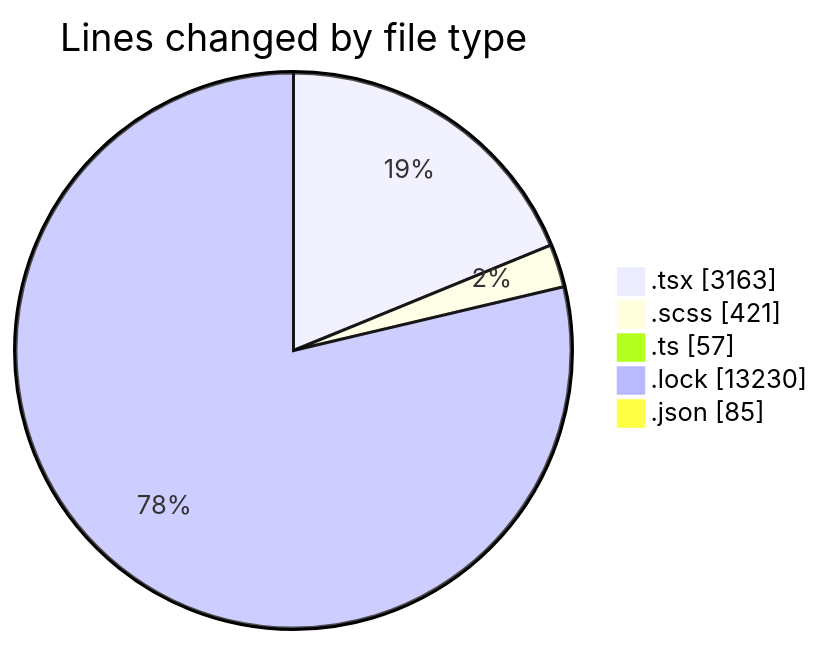
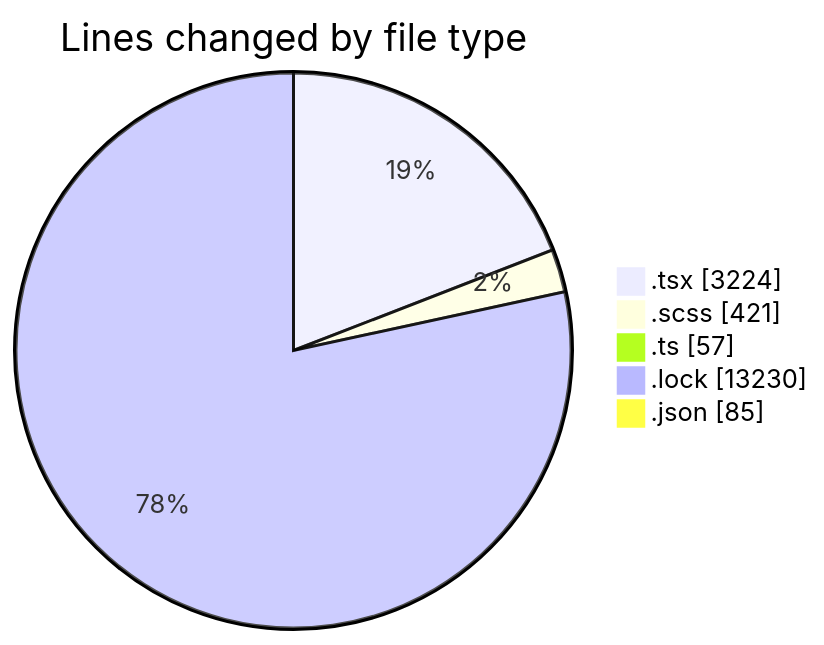
Before and after one commit to momahboobian/code-tracking: the first of 2 diagrams in 2025-10-01/cda/README.md, drawn with Mermaid. The commit also changed other lines of this file and 1 other file, not shown here.

````diff
--- a/2025-10-01/cda/README.md
+++ b/2025-10-01/cda/README.md
@@ -29,9 +29,9 @@
 ```mermaid
 pie showData
 title Lines changed by file type
-".tsx" : 3163
+".tsx" : 3224
 ".scss" : 421
 ".ts" : 57
 ".lock" : 13230
 ".json" : 85
 ```
````
